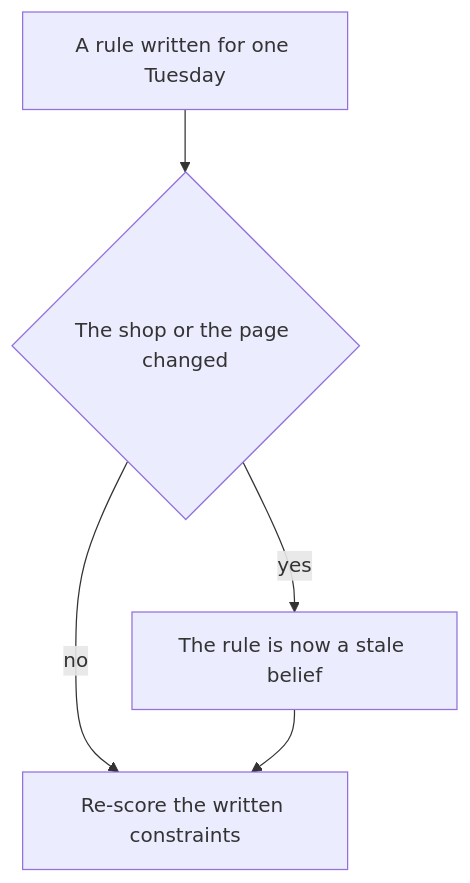
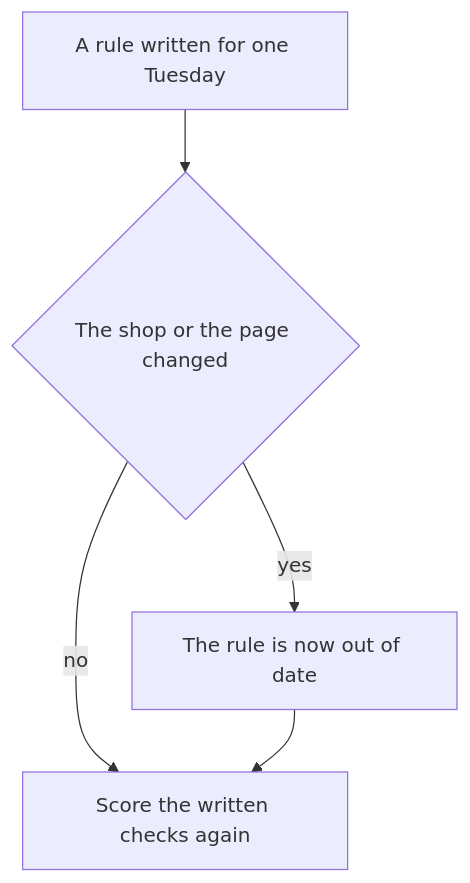
One commit to junlinghu/book-agents changed the first of 2 diagrams in chapters/ch27-open-problems/README.md. Above: the diagram before and after it, drawn with Mermaid. The commit also changed other lines of this file and 1 other file, not shown here.

````diff
--- a/chapters/ch27-open-problems/README.md
+++ b/chapters/ch27-open-problems/README.md
@@ -53,11 +77,11 @@
 ```mermaid
 flowchart TD
   ruleNode["A rule written for one Tuesday"]
   changeNode{"The shop or the page changed"}
-  staleNode["The rule is now a stale belief"]
-  scoreNode["Re-score the written constraints"]
+  staleNode["The rule is now out of date"]
+  scoreNode["Score the written checks again"]
   ruleNode --> changeNode
   changeNode -->|yes| staleNode
   changeNode -->|no| scoreNode
   staleNode --> scoreNode
 ```
````
